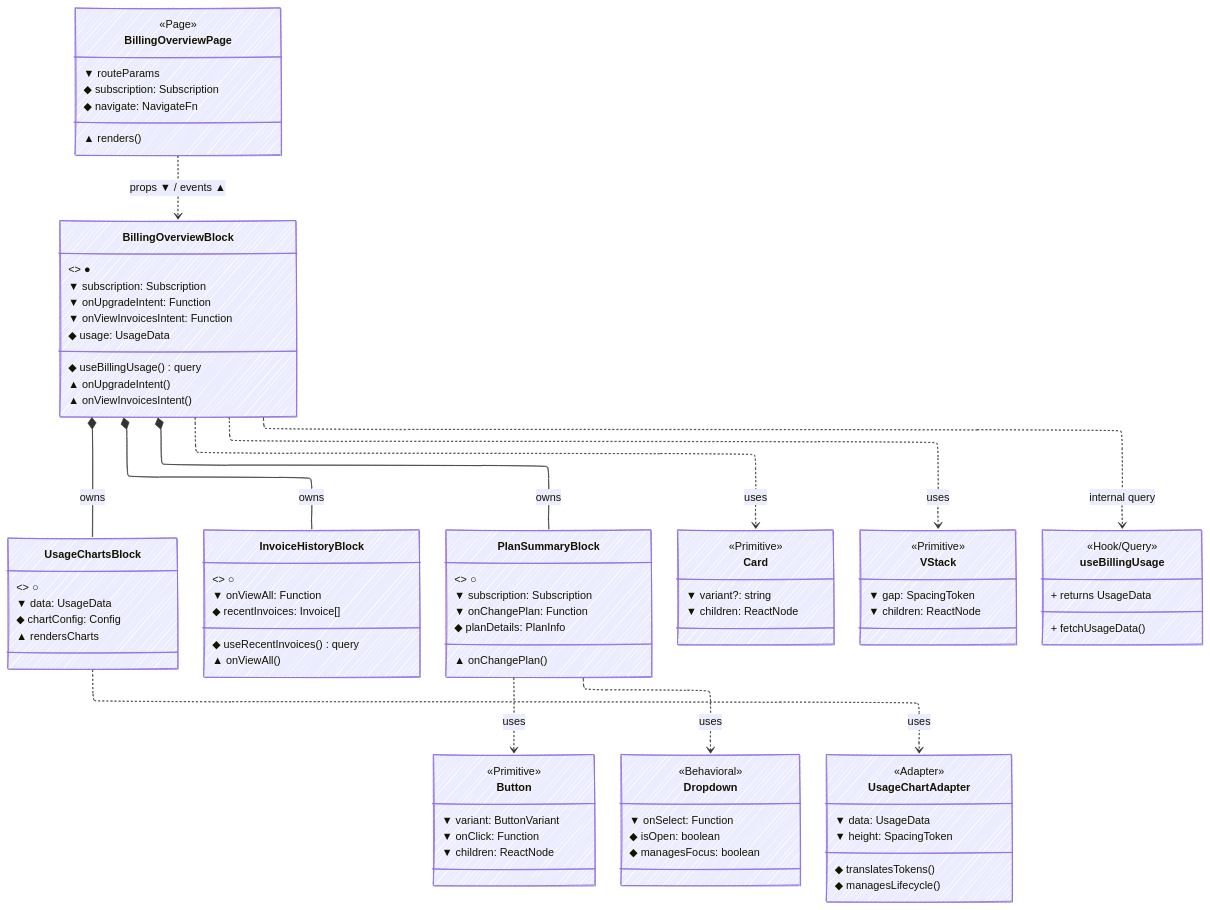
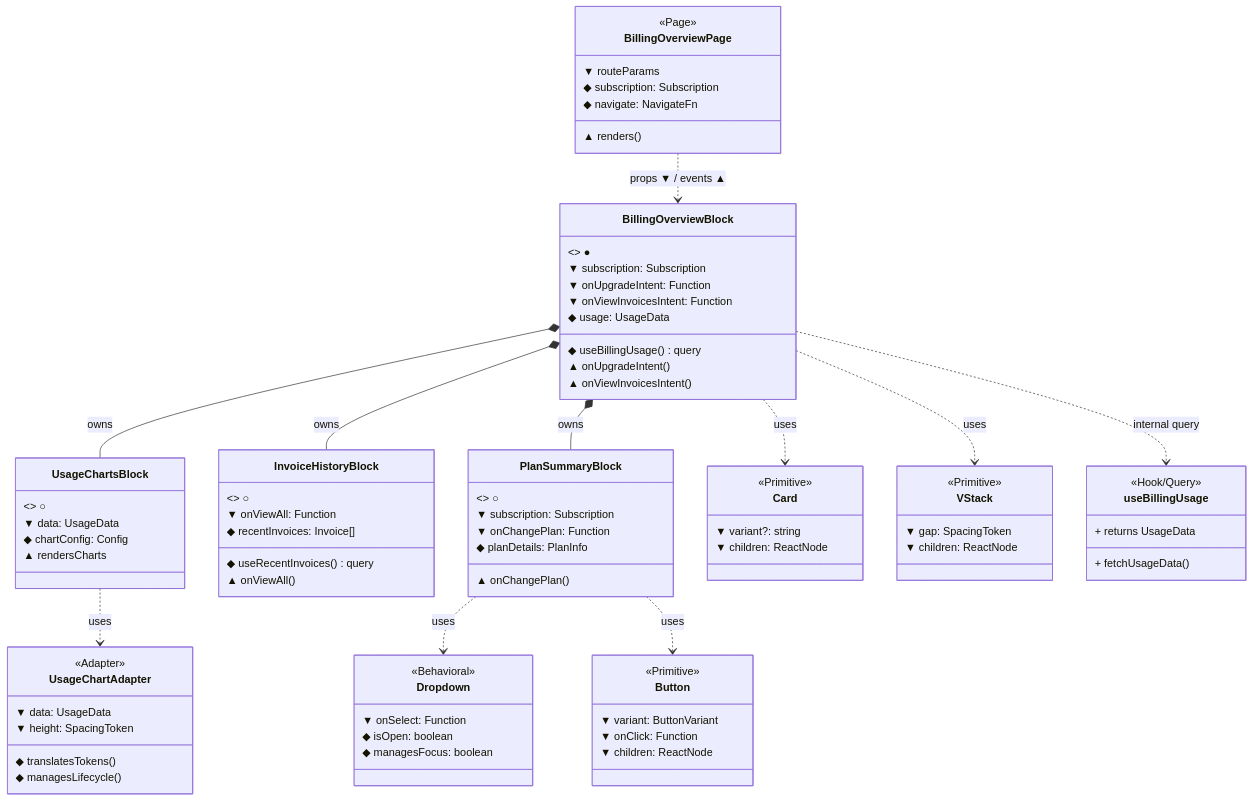
The second of 2 diagrams in src/content/blogs/blockiya/uml-notation.md (alaamer12/amr-tech), drawn with Mermaid before and after one commit. The commit also changed 21 other files, not shown here.

Commit message:
feat: add blog post on UML notation with Mermaid diagram support and stashing tools

````diff
--- a/src/content/blogs/blockiya/uml-notation.md
+++ b/src/content/blogs/blockiya/uml-notation.md
@@ -79,10 +79,4 @@
 ```mermaid
----
-config:
-  theme: default
-  look: handDrawn
-  layout: elk
----
 classDiagram
     %% Page Level
     class BillingOverviewPage {
````
